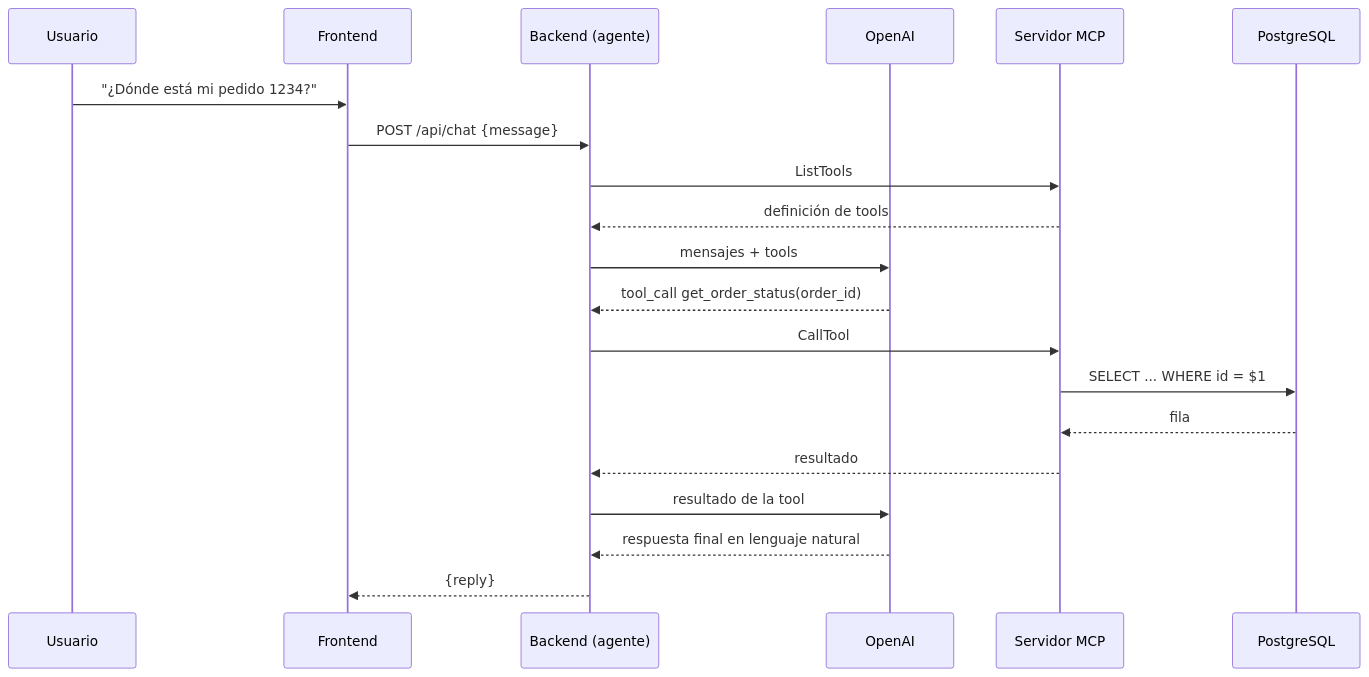
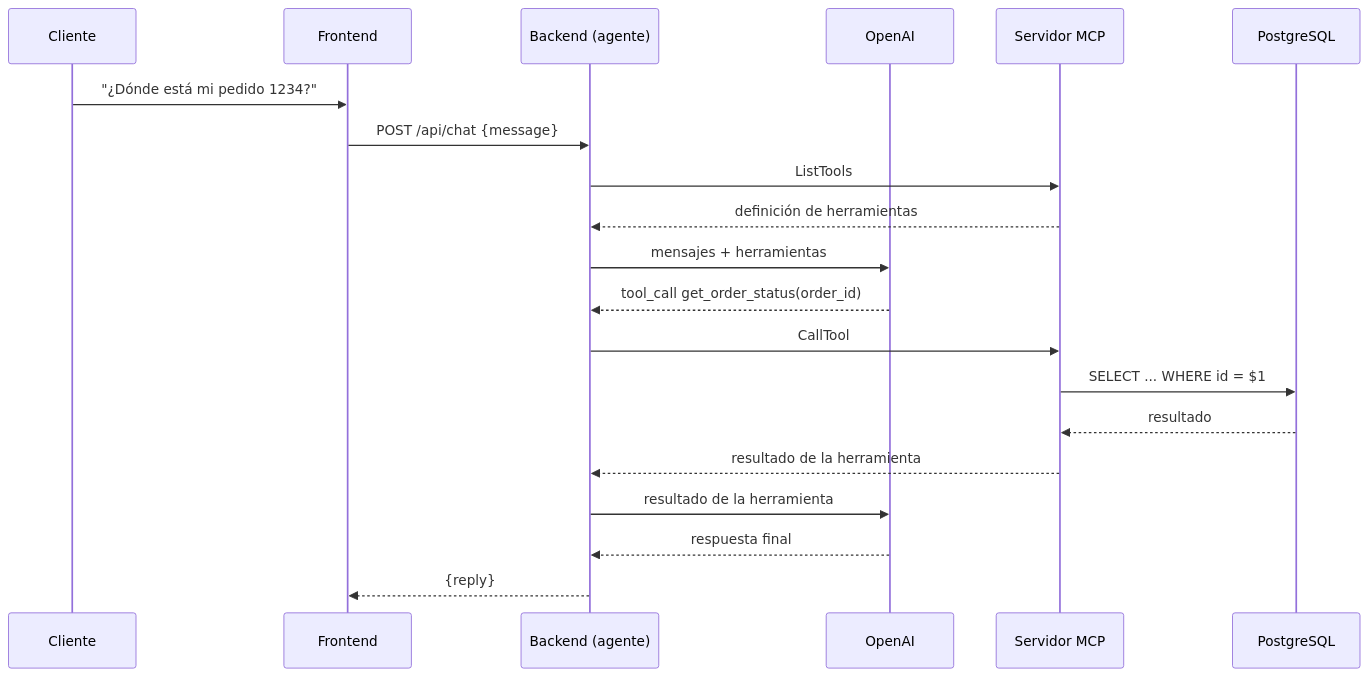
Before and after one commit to DiegoAll/tech-store-assistant: the second of 2 diagrams in README.md, drawn with Mermaid. The commit also changed other lines of this file, not shown here.

Commit message:
docs: rewrite README with professional overview and architecture

````diff
--- a/README.md
+++ b/README.md
@@ -53,23 +34,23 @@
 ```mermaid
 sequenceDiagram
-    participant U as Usuario
+    participant U as Cliente
     participant F as Frontend
     participant B as Backend (agente)
     participant L as OpenAI
     participant M as Servidor MCP
     participant D as PostgreSQL
 
     U->>F: "¿Dónde está mi pedido 1234?"
     F->>B: POST /api/chat {message}
     B->>M: ListTools
-    M-->>B: definición de tools
-    B->>L: mensajes + tools
+    M-->>B: definición de herramientas
+    B->>L: mensajes + herramientas
     L-->>B: tool_call get_order_status(order_id)
     B->>M: CallTool
     M->>D: SELECT ... WHERE id = $1
-    D-->>M: fila
-    M-->>B: resultado
-    B->>L: resultado de la tool
-    L-->>B: respuesta final en lenguaje natural
+    D-->>M: resultado
+    M-->>B: resultado de la herramienta
+    B->>L: resultado de la herramienta
+    L-->>B: respuesta final
     B-->>F: {reply}
 ```
````
